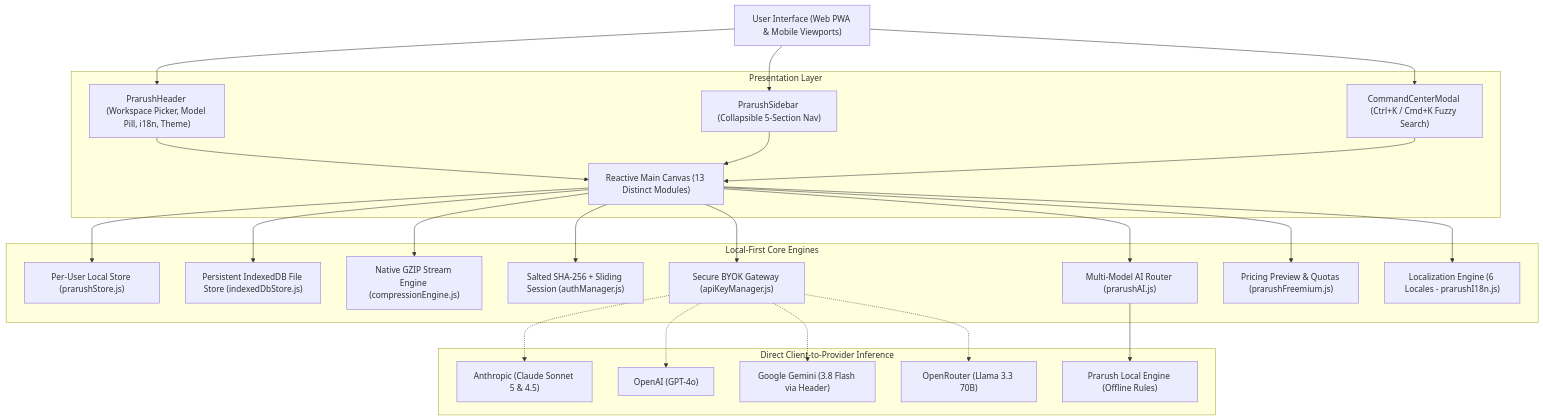
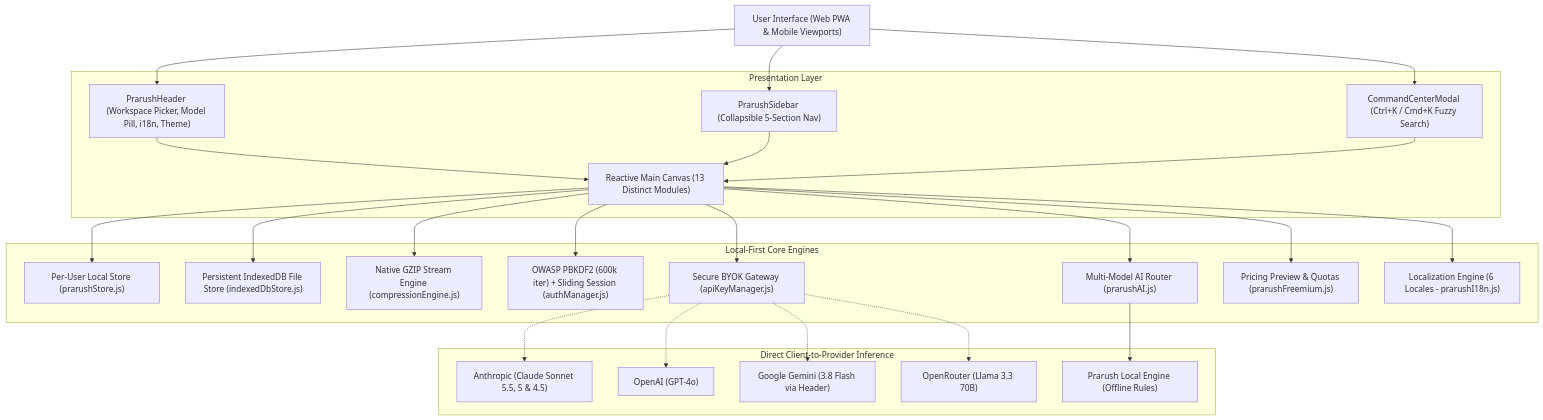
One commit to Pratham4908/Prarush changed the diagram in README.md. Above: the diagram before and after it, drawn with Mermaid. The commit also changed other lines of this file and 17 other files, not shown here.

````diff
--- a/README.md
+++ b/README.md
@@ -65,52 +65,52 @@
 ```mermaid
 graph TD
     User["User Interface (Web PWA & Mobile Viewports)"]
 
     subgraph Presentation ["Presentation Layer"]
         Header["PrarushHeader (Workspace Picker, Model Pill, i18n, Theme)"]
         Sidebar["PrarushSidebar (Collapsible 5-Section Nav)"]
         CommandPalette["CommandCenterModal (Ctrl+K / Cmd+K Fuzzy Search)"]
         Canvas["Reactive Main Canvas (13 Distinct Modules)"]
     end
 
     subgraph LocalEngines ["Local-First Core Engines"]
         Store["Per-User Local Store (prarushStore.js)"]
         IndexedDBStore["Persistent IndexedDB File Store (indexedDbStore.js)"]
         Compression["Native GZIP Stream Engine (compressionEngine.js)"]
-        Auth["Salted SHA-256 + Sliding Session (authManager.js)"]
+        Auth["OWASP PBKDF2 (600k iter) + Sliding Session (authManager.js)"]
         BYOK["Secure BYOK Gateway (apiKeyManager.js)"]
         AIHub["Multi-Model AI Router (prarushAI.js)"]
         Freemium["Pricing Preview & Quotas (prarushFreemium.js)"]
         i18n["Localization Engine (6 Locales - prarushI18n.js)"]
     end
 
     subgraph Providers ["Direct Client-to-Provider Inference"]
-        Anthropic["Anthropic (Claude Sonnet 5 & 4.5)"]
+        Anthropic["Anthropic (Claude Sonnet 5.5, 5 & 4.5)"]
         OpenAI["OpenAI (GPT-4o)"]
         Gemini["Google Gemini (3.8 Flash via Header)"]
         OpenRouter["OpenRouter (Llama 3.3 70B)"]
         LocalEngine["Prarush Local Engine (Offline Rules)"]
     end
 
     User --> Header
     User --> Sidebar
     User --> CommandPalette
     Header --> Canvas
     Sidebar --> Canvas
     CommandPalette --> Canvas
 
     Canvas --> Store
     Canvas --> IndexedDBStore
     Canvas --> Compression
     Canvas --> Auth
     Canvas --> BYOK
     Canvas --> AIHub
     Canvas --> Freemium
     Canvas --> i18n
 
     BYOK -.-> Anthropic
     BYOK -.-> OpenAI
     BYOK -.-> Gemini
     BYOK -.-> OpenRouter
     AIHub --> LocalEngine
 ```
````
